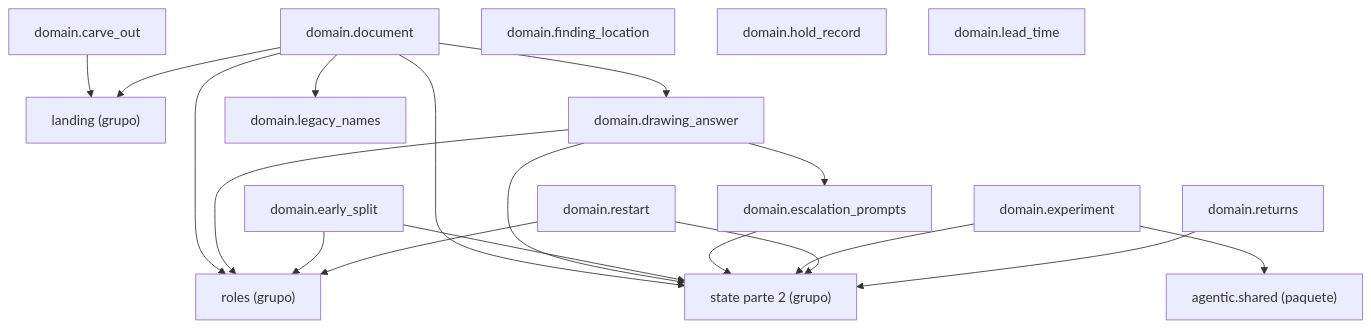
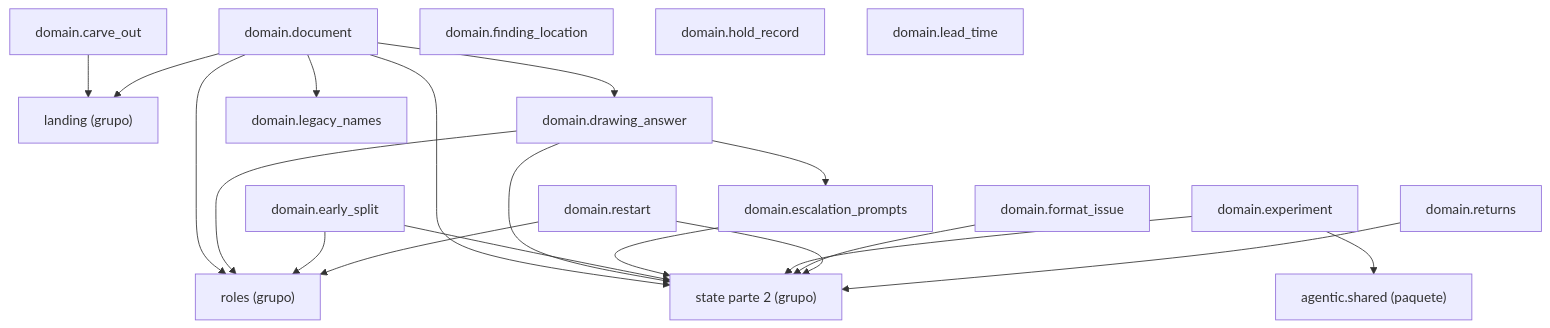
One commit to GonzaloZevallos/agentic-system changed the diagram in docs/architecture/generated/packages-process-domain-state-1.md. Above: the diagram before and after it, drawn with Mermaid. The commit also changed 8 other files, not shown here.

First line of the commit message:
Regenerate the class diagrams and list format_issue among the reducers

````diff
--- a/docs/architecture/generated/packages-process-domain-state-1.md
+++ b/docs/architecture/generated/packages-process-domain-state-1.md
@@ -12,36 +12,38 @@
 ```mermaid
 graph TD
     g_domain__landing["landing (grupo)"]
     g_domain__roles["roles (grupo)"]
     g_domain__state__2["state parte 2 (grupo)"]
     g_pkg__agentic__shared["agentic.shared (paquete)"]
     m_domain__carve_out["domain.carve_out"]
     m_domain__document["domain.document"]
     m_domain__drawing_answer["domain.drawing_answer"]
     m_domain__early_split["domain.early_split"]
     m_domain__escalation_prompts["domain.escalation_prompts"]
     m_domain__experiment["domain.experiment"]
     m_domain__finding_location["domain.finding_location"]
+    m_domain__format_issue["domain.format_issue"]
     m_domain__hold_record["domain.hold_record"]
     m_domain__lead_time["domain.lead_time"]
     m_domain__legacy_names["domain.legacy_names"]
     m_domain__restart["domain.restart"]
     m_domain__returns["domain.returns"]
     m_domain__carve_out --> g_domain__landing
     m_domain__document --> g_domain__landing
     m_domain__document --> g_domain__roles
     m_domain__document --> g_domain__state__2
     m_domain__document --> m_domain__drawing_answer
     m_domain__document --> m_domain__legacy_names
     m_domain__drawing_answer --> g_domain__roles
     m_domain__drawing_answer --> g_domain__state__2
     m_domain__drawing_answer --> m_domain__escalation_prompts
     m_domain__early_split --> g_domain__roles
     m_domain__early_split --> g_domain__state__2
     m_domain__escalation_prompts --> g_domain__state__2
     m_domain__experiment --> g_domain__state__2
     m_domain__experiment --> g_pkg__agentic__shared
+    m_domain__format_issue --> g_domain__state__2
     m_domain__restart --> g_domain__roles
     m_domain__restart --> g_domain__state__2
     m_domain__returns --> g_domain__state__2
 ```
````
